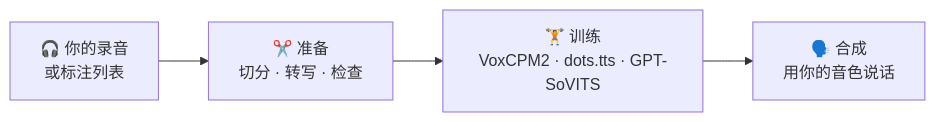
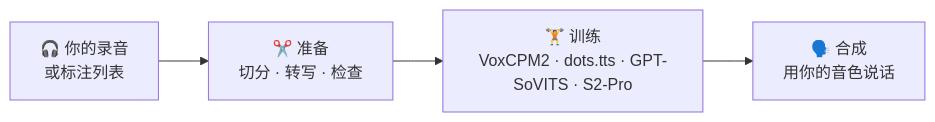
Before and after one commit to PineCookie/Polyvox-Studio: the diagram in README_zh.md, drawn with Mermaid. The commit also changed other lines of this file and 2 other files, not shown here.

Commit message:
Docs: Fish Audio S2-Pro and the new reference inputs

````diff
--- a/README_zh.md
+++ b/README_zh.md
@@ -41,6 +42,6 @@
 ```mermaid
 flowchart LR
     A["🎧 你的录音<br/>或标注列表"] --> B["✂️ 准备<br/>切分 · 转写 · 检查"]
-    B --> C["🏋️ 训练<br/>VoxCPM2 · dots.tts · GPT-SoVITS"]
+    B --> C["🏋️ 训练<br/>VoxCPM2 · dots.tts · GPT-SoVITS · S2-Pro"]
     C --> D["🗣️ 合成<br/>用你的音色说话"]
 ```
````
